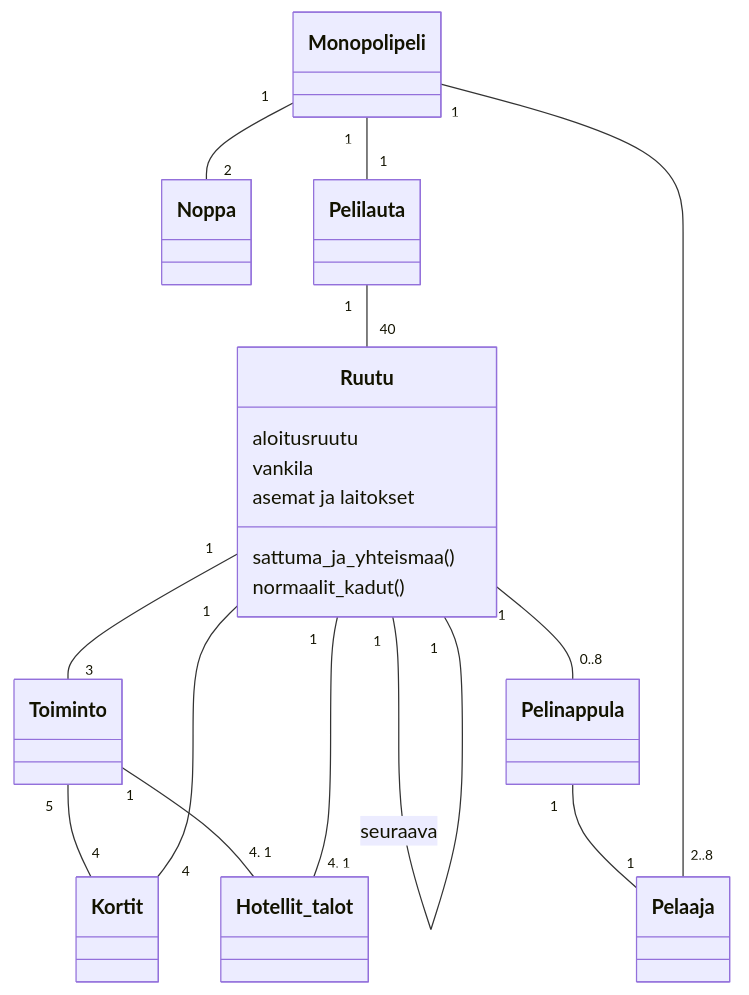
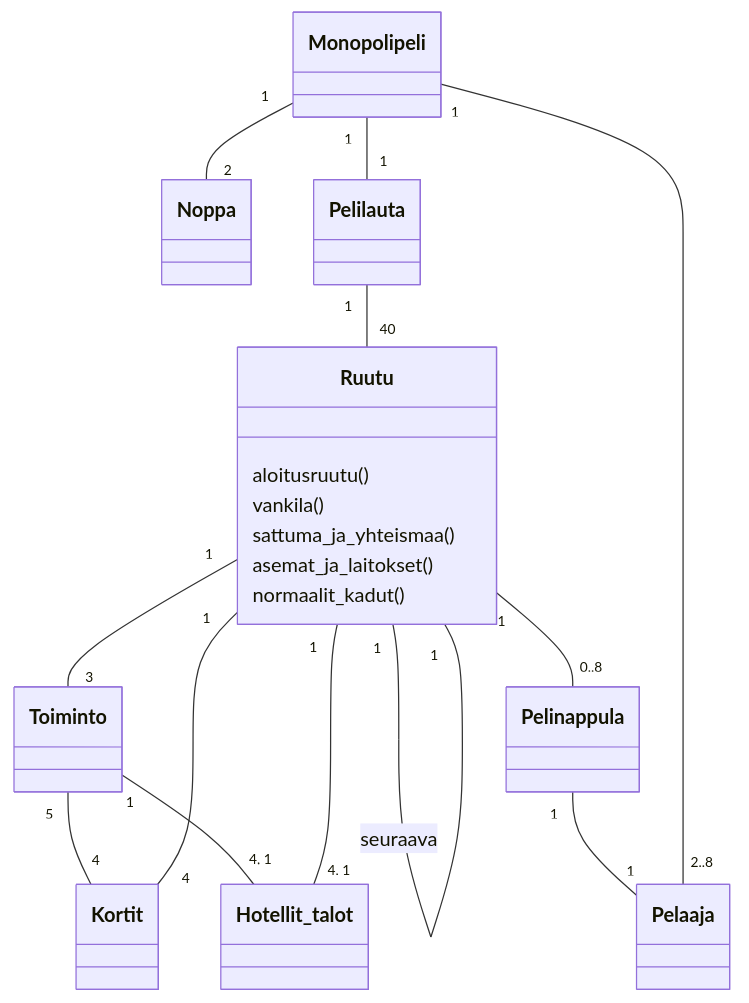
The diagram in laskarit/viikko3/monopoly.md (neakovalainen/ohjelmistotekniikka25), drawn with Mermaid before and after one commit. The commit also changed 1 other file, not shown here.

Commit message:
viikko 3 teht 1 ja 2

````diff
--- a/laskarit/viikko3/monopoly.md
+++ b/laskarit/viikko3/monopoly.md
@@ -1,22 +1,22 @@
 ```mermaid
  classDiagram
     Monopolipeli "1" -- "2" Noppa
     Monopolipeli "1" -- "1" Pelilauta
     Pelilauta "1" -- "40" Ruutu
     class Ruutu{
-        aloitusruutu
-        vankila
+        aloitusruutu()
+        vankila()
         sattuma_ja_yhteismaa()
-        asemat ja laitokset
+        asemat_ja_laitokset()
         normaalit_kadut()
     }
     Ruutu "1" -- "3" Toiminto
     Toiminto "5" -- "4" Kortit
     Kortit "4" -- "1" Ruutu
     Toiminto "1" -- "4, 1" Hotellit_talot
     Hotellit_talot "4, 1" -- "1" Ruutu
     Ruutu "1" -- "1" Ruutu : seuraava
     Ruutu "1" -- "0..8" Pelinappula
     Pelinappula "1" -- "1" Pelaaja
     Pelaaja "2..8" -- "1" Monopolipeli
 ```
````
